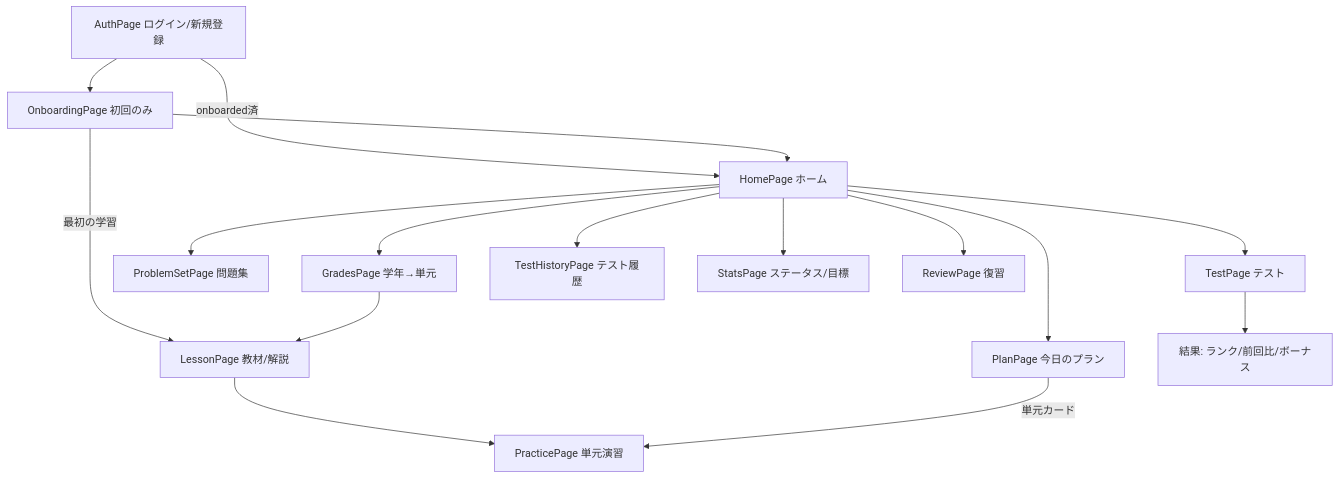
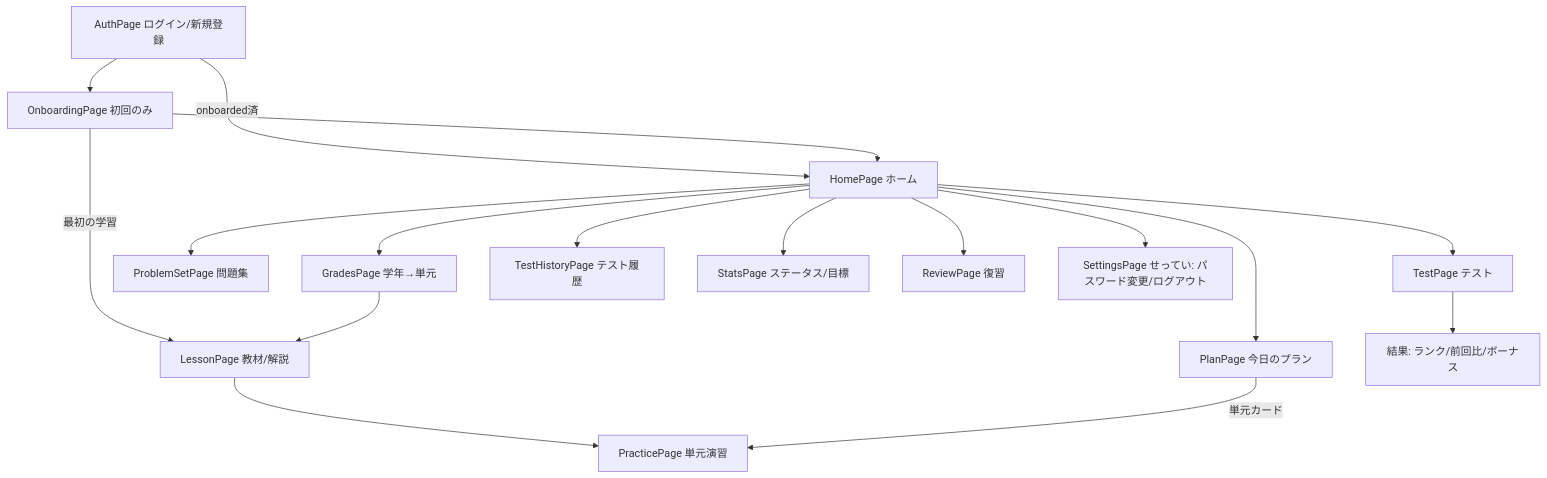
The second of 2 diagrams in DESIGN.md (ryohmichi-rgb/Test2), drawn with Mermaid before and after one commit. The commit also changed other lines of this file and 12 other files, not shown here.

````diff
--- a/DESIGN.md
+++ b/DESIGN.md
@@ -433,18 +450,19 @@
 ```mermaid
 flowchart TD
     Auth["AuthPage ログイン/新規登録"] --> Onb["OnboardingPage 初回のみ"]
     Auth -->|onboarded済| Home["HomePage ホーム"]
     Onb --> Home
     Onb -->|最初の学習| Lesson
     Home --> Plan["PlanPage 今日のプラン"]
     Home --> Grades["GradesPage 学年→単元"]
     Grades --> Lesson["LessonPage 教材/解説"]
     Lesson --> Practice["PracticePage 単元演習"]
     Home --> PSet["ProblemSetPage 問題集"]
     Home --> Test["TestPage テスト"]
     Test --> TestResult["結果: ランク/前回比/ボーナス"]
     Home --> History["TestHistoryPage テスト履歴"]
     Home --> Stats["StatsPage ステータス/目標"]
     Home --> Review["ReviewPage 復習"]
+    Home --> Settings["SettingsPage せってい: パスワード変更/ログアウト"]
     Plan -->|単元カード| Practice
 ```
````
